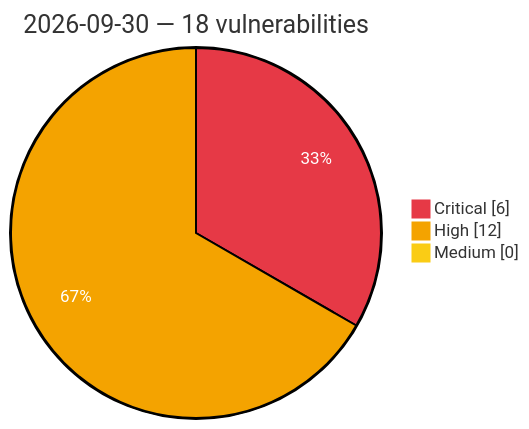
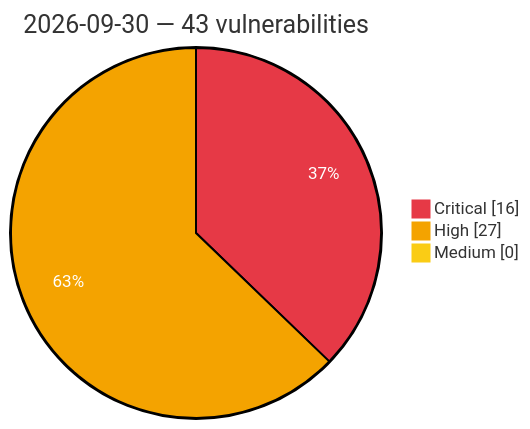
One commit to GhostX0X/vuln-tracker changed the diagram in vulnerabilities/2026/September/2026-09-30.md. Above: the diagram before and after it, drawn with Mermaid. The commit also changed other lines of this file and 5 other files, not shown here.

Commit message:
Auto update: critical/high vulns (2026-09-30 14:08 UTC)

````diff
--- a/vulnerabilities/2026/September/2026-09-30.md
+++ b/vulnerabilities/2026/September/2026-09-30.md
@@ -3,8 +3,8 @@
 ```mermaid
 %%{init: {'theme':'base', 'themeVariables': {'pie1':'#e63946', 'pie2':'#f4a300', 'pie3':'#facc15', 'pieOpacity':'1', 'pieOuterStrokeWidth':'2px', 'pieSectionTextColor':'#ffffff'}}}%%
 pie showData
-    title 2026-09-30 — 18 vulnerabilities
-    "Critical" : 6
-    "High" : 12
+    title 2026-09-30 — 43 vulnerabilities
+    "Critical" : 16
+    "High" : 27
     "Medium" : 0
 ```
````
